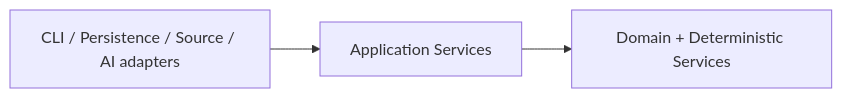
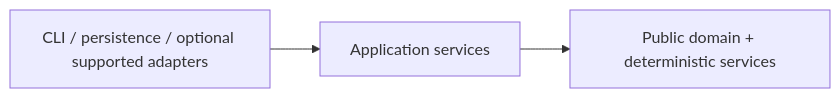
The diagram in docs/architecture/domain-model.md (hackelia-micrantha/calathea-community), drawn with Mermaid before and after one commit. The commit also changed other lines of this file, not shown here.

Commit message:
docs: narrow domain architecture to public kernel concepts

````diff
--- a/docs/architecture/domain-model.md
+++ b/docs/architecture/domain-model.md
@@ -159,9 +100,9 @@
 ```mermaid
 flowchart LR
-    Adapters[CLI / Persistence / Source / AI adapters]
-    App[Application Services]
-    Domain[Domain + Deterministic Services]
+    Adapters[CLI / persistence / optional supported adapters]
+    App[Application services]
+    Core[Public domain + deterministic services]
 
     Adapters --> App
-    App --> Domain
+    App --> Core
 ```
````
